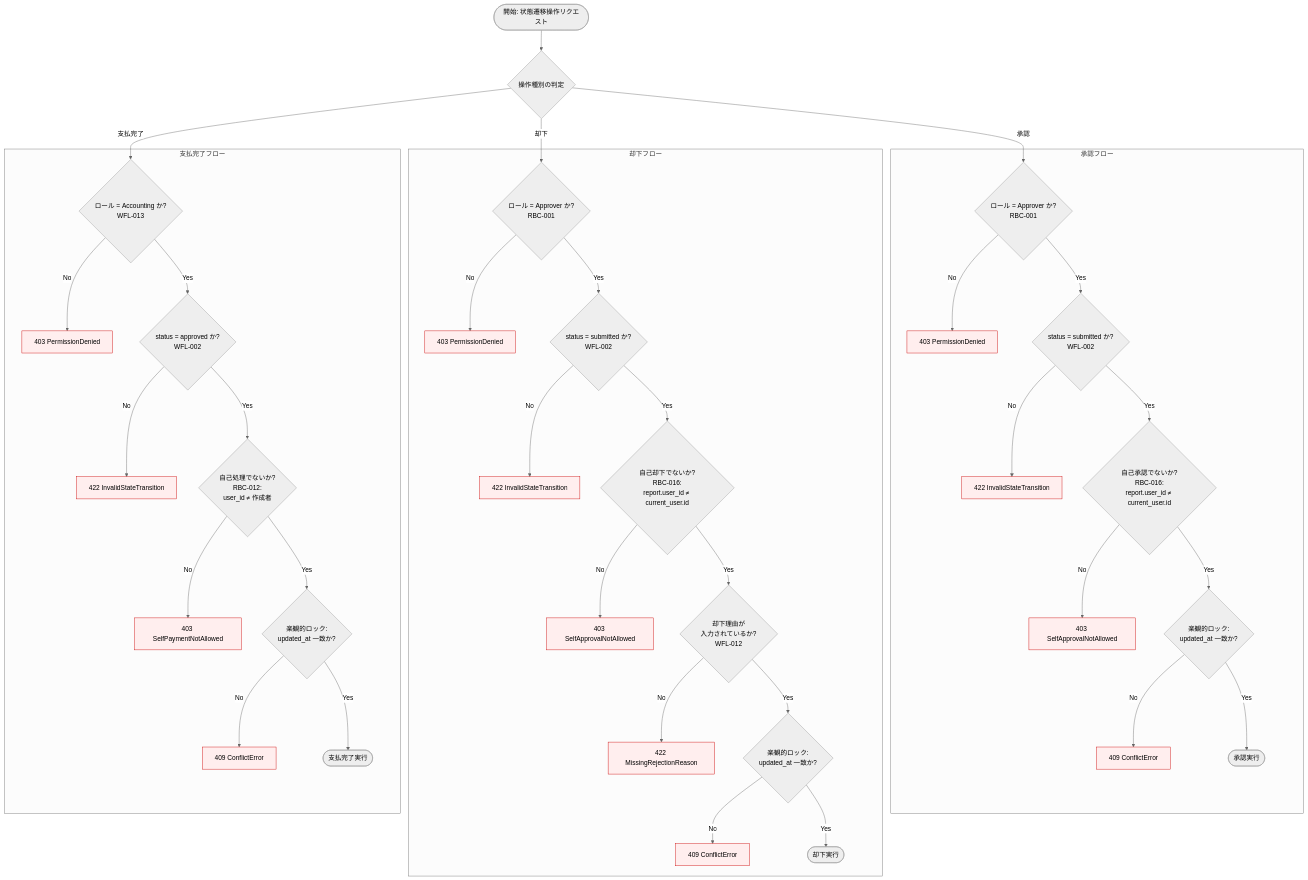
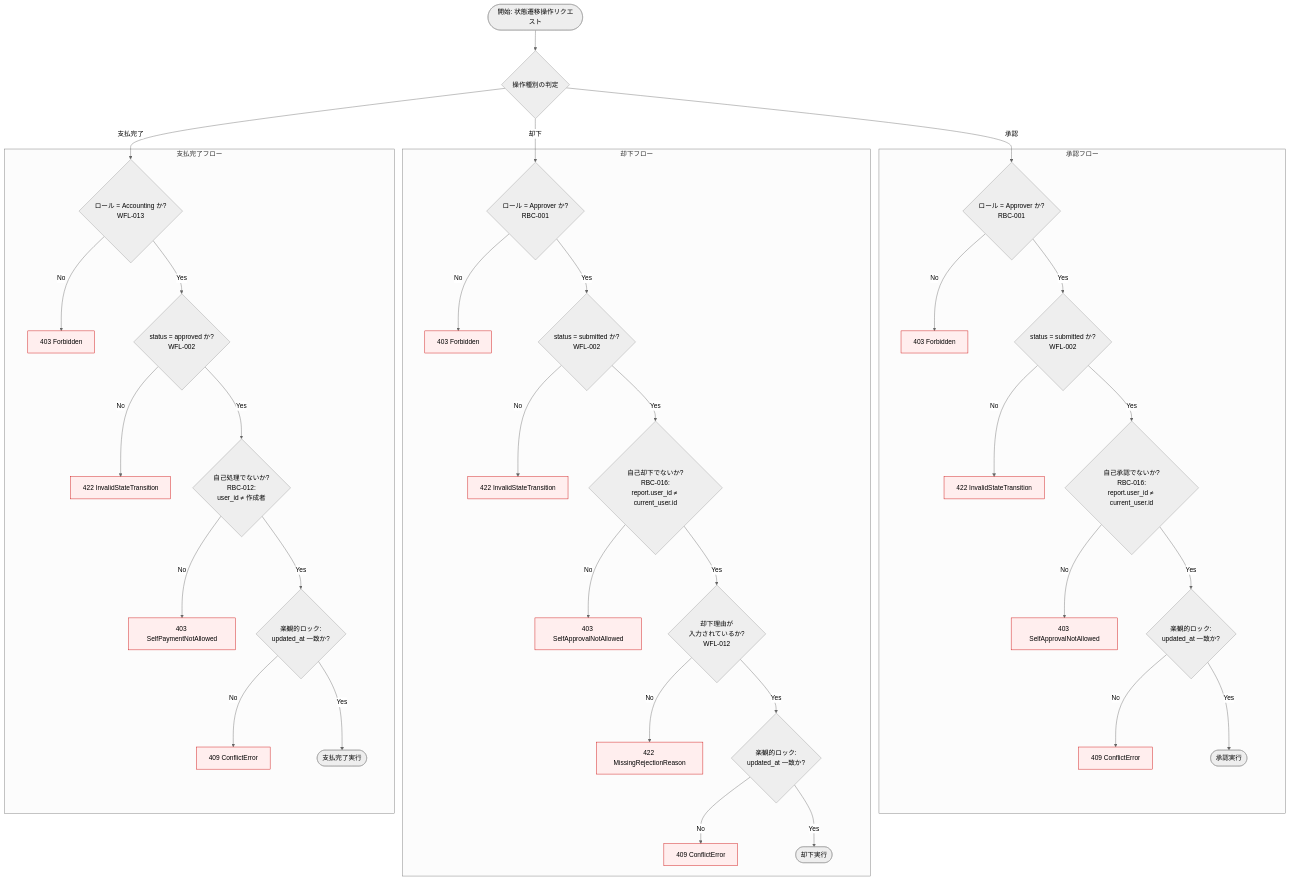
One commit to atsuro128/dev-journal changed the eighth of 8 diagrams in deliverables/docs/50_detail_design/screens/report-detail.md. Above: the diagram before and after it, drawn with Mermaid (neutral theme). The commit also changed 9 other files, not shown here.

First line of the commit message:
fix: PERMISSION_DENIED を FORBIDDEN に統一（review-finding 051・上流 RBC-004 準拠）

````diff
--- a/deliverables/docs/50_detail_design/screens/report-detail.md
+++ b/deliverables/docs/50_detail_design/screens/report-detail.md
@@ -737,59 +737,59 @@
 ```mermaid
 graph TD
     Start([開始: 状態遷移操作リクエスト]) --> OpType{操作種別の判定}
     OpType -->|承認| A_Role
     OpType -->|却下| R_Role
     OpType -->|支払完了| P_Role
 
     subgraph 承認フロー
         A_Role{ロール = Approver か?<br/>RBC-001}
-        A_Role -->|No| A_ErrPerm[403 PermissionDenied]
+        A_Role -->|No| A_ErrPerm[403 Forbidden]
         A_Role -->|Yes| A_ChkStatus{status = submitted か?<br/>WFL-002}
         A_ChkStatus -->|No| A_ErrState[422 InvalidStateTransition]
         A_ChkStatus -->|Yes| A_ChkSelf{自己承認でないか?<br/>RBC-016:<br/>report.user_id ≠ current_user.id}
         A_ChkSelf -->|No| A_ErrSelf[403 SelfApprovalNotAllowed]
         A_ChkSelf -->|Yes| A_Lock{楽観的ロック:<br/>updated_at 一致か?}
         A_Lock -->|No| A_ErrConflict[409 ConflictError]
         A_Lock -->|Yes| A_Exec([承認実行])
     end
 
     subgraph 却下フロー
         R_Role{ロール = Approver か?<br/>RBC-001}
-        R_Role -->|No| R_ErrPerm[403 PermissionDenied]
+        R_Role -->|No| R_ErrPerm[403 Forbidden]
         R_Role -->|Yes| R_ChkStatus{status = submitted か?<br/>WFL-002}
         R_ChkStatus -->|No| R_ErrState[422 InvalidStateTransition]
         R_ChkStatus -->|Yes| R_ChkSelf{自己却下でないか?<br/>RBC-016:<br/>report.user_id ≠ current_user.id}
         R_ChkSelf -->|No| R_ErrSelf[403 SelfApprovalNotAllowed]
         R_ChkSelf -->|Yes| R_ChkReason{却下理由が<br/>入力されているか?<br/>WFL-012}
         R_ChkReason -->|No| R_ErrReason[422 MissingRejectionReason]
         R_ChkReason -->|Yes| R_Lock{楽観的ロック:<br/>updated_at 一致か?}
         R_Lock -->|No| R_ErrConflict[409 ConflictError]
         R_Lock -->|Yes| R_Exec([却下実行])
     end
 
     subgraph 支払完了フロー
         P_Role{ロール = Accounting か?<br/>WFL-013}
-        P_Role -->|No| P_ErrPerm[403 PermissionDenied]
+        P_Role -->|No| P_ErrPerm[403 Forbidden]
         P_Role -->|Yes| P_ChkStatus{status = approved か?<br/>WFL-002}
         P_ChkStatus -->|No| P_ErrState[422 InvalidStateTransition]
         P_ChkStatus -->|Yes| P_ChkSelf{自己処理でないか?<br/>RBC-012:<br/>user_id ≠ 作成者}
         P_ChkSelf -->|No| P_ErrSelf[403 SelfPaymentNotAllowed]
         P_ChkSelf -->|Yes| P_Lock{楽観的ロック:<br/>updated_at 一致か?}
         P_Lock -->|No| P_ErrConflict[409 ConflictError]
         P_Lock -->|Yes| P_Exec([支払完了実行])
     end
 
     style A_ErrPerm fill:#fee,stroke:#c00
     style A_ErrState fill:#fee,stroke:#c00
     style A_ErrSelf fill:#fee,stroke:#c00
     style A_ErrConflict fill:#fee,stroke:#c00
     style R_ErrPerm fill:#fee,stroke:#c00
     style R_ErrState fill:#fee,stroke:#c00
     style R_ErrSelf fill:#fee,stroke:#c00
     style R_ErrReason fill:#fee,stroke:#c00
     style R_ErrConflict fill:#fee,stroke:#c00
     style P_ErrPerm fill:#fee,stroke:#c00
     style P_ErrState fill:#fee,stroke:#c00
     style P_ErrSelf fill:#fee,stroke:#c00
     style P_ErrConflict fill:#fee,stroke:#c00
 ```
````
